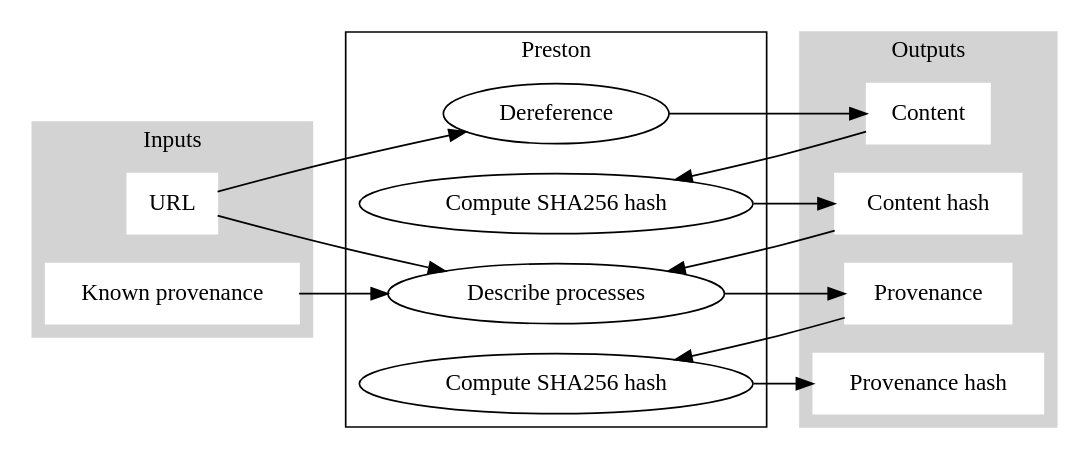
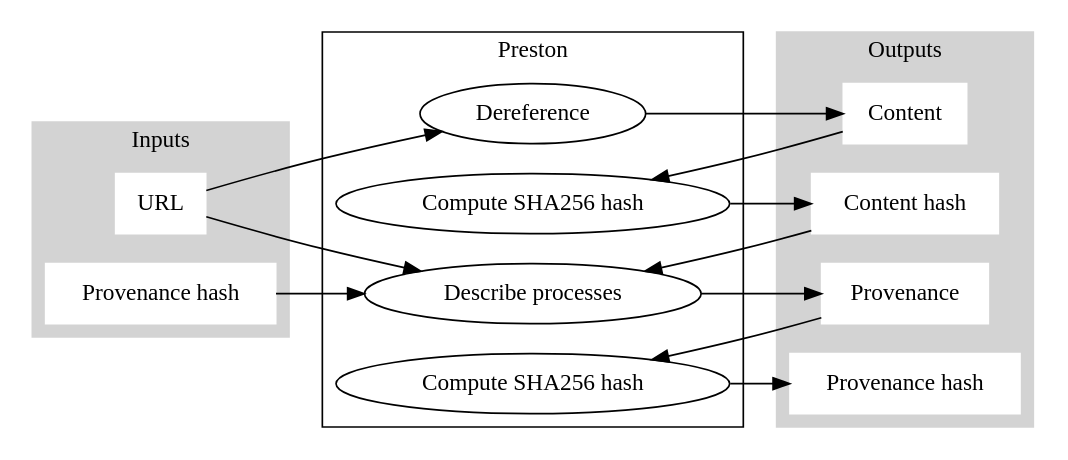
The diagram in docs/simple-case-processes.dot (bio-guoda/preston), drawn with Graphviz before and after one commit. The commit also changed 2 other files, not shown here.

```diff
--- a/docs/simple-case-processes.dot
+++ b/docs/simple-case-processes.dot
@@ -1,36 +1,36 @@
 digraph G {
     rankdir="LR"
     
     subgraph cluster_0 {
         style=filled
         color=lightgrey
         node [style=filled, color=white, shape=Mrectangle]
         label = "Inputs"
         url [label="URL"]
-        previousProv [label="Known provenance"]
+        previousProvHash [label="Provenance hash"]
     }
     
     subgraph cluster_1 {
         label = "Preston"
         dereference [label="Dereference"]
         generateProvenance [label="Describe processes"]
         computeContentHash [label="Compute SHA256 hash"]
         computeProvHash [label="Compute SHA256 hash"]
     }
     
     subgraph cluster_2 {
         style=filled
         color=lightgrey
         node [style=filled, color=white, shape=Mrectangle]
         label = "Outputs"
         content [label="Content"]
         contentHash [label="Content hash"]
         newProv [label="Provenance"]
         newProvHash [label="Provenance hash"]
     }
     
     url -> dereference -> content
     content -> computeContentHash -> contentHash
-    url, previousProv, contentHash -> generateProvenance -> newProv
+    url, previousProvHash, contentHash -> generateProvenance -> newProv
     newProv -> computeProvHash -> newProvHash
 }
```
